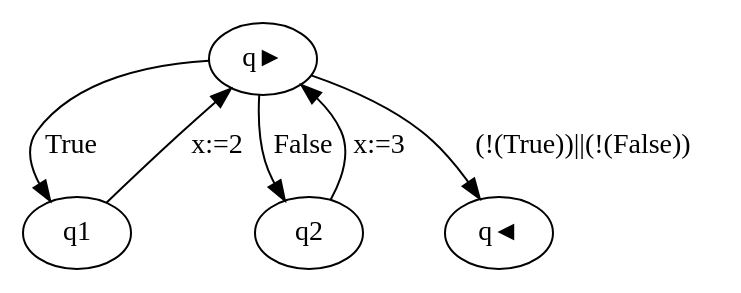
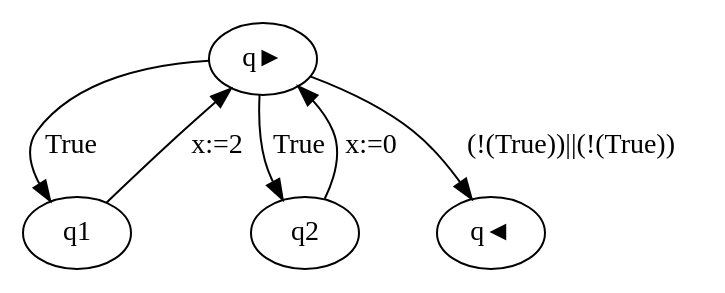
Before and after one commit to JepMik/GCL-Build-Analyse-Tool: the diagram in graph.dot, drawn with Graphviz. The commit also changed 3 other files, not shown here.

```diff
--- a/graph.dot
+++ b/graph.dot
@@ -1,7 +1,7 @@
 strict digraph {
 q► -> q1[label="True"];
 q1 -> q►[label="x:=2"];
-q► -> q2[label="False"];
-q2 -> q►[label="x:=3"];
-q► -> q◄[label="(!(True))||(!(False))"];
+q► -> q2[label="True"];
+q2 -> q►[label="x:=0"];
+q► -> q◄[label="(!(True))||(!(True))"];
 }
```
